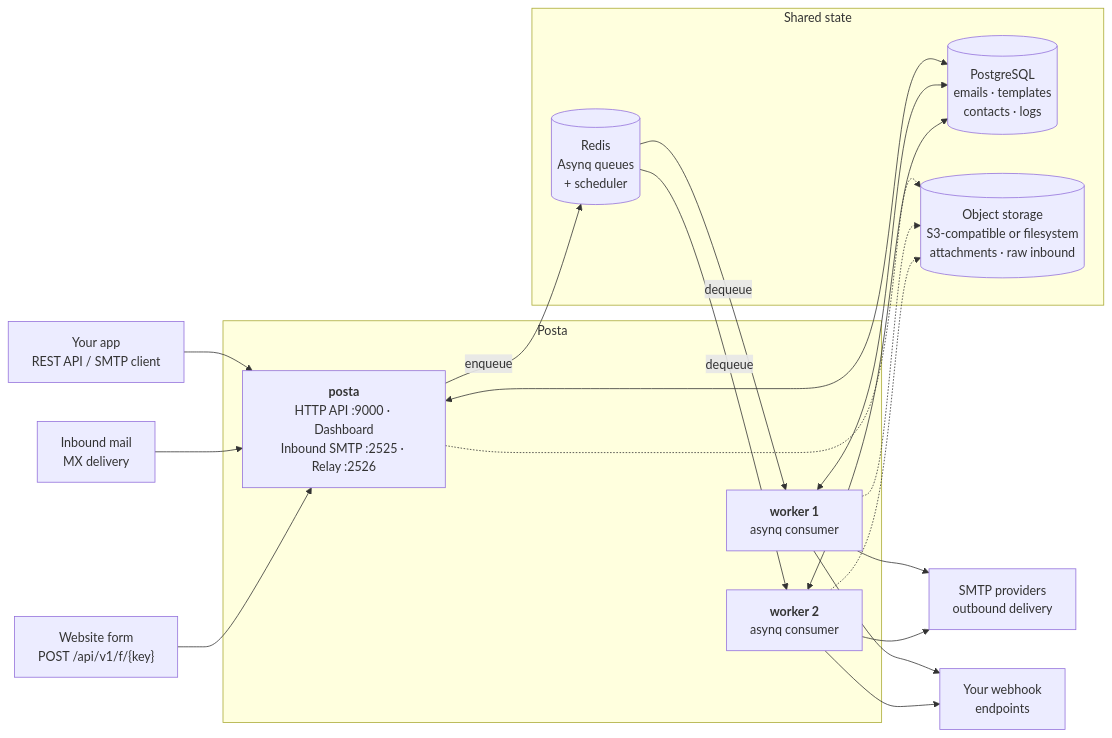
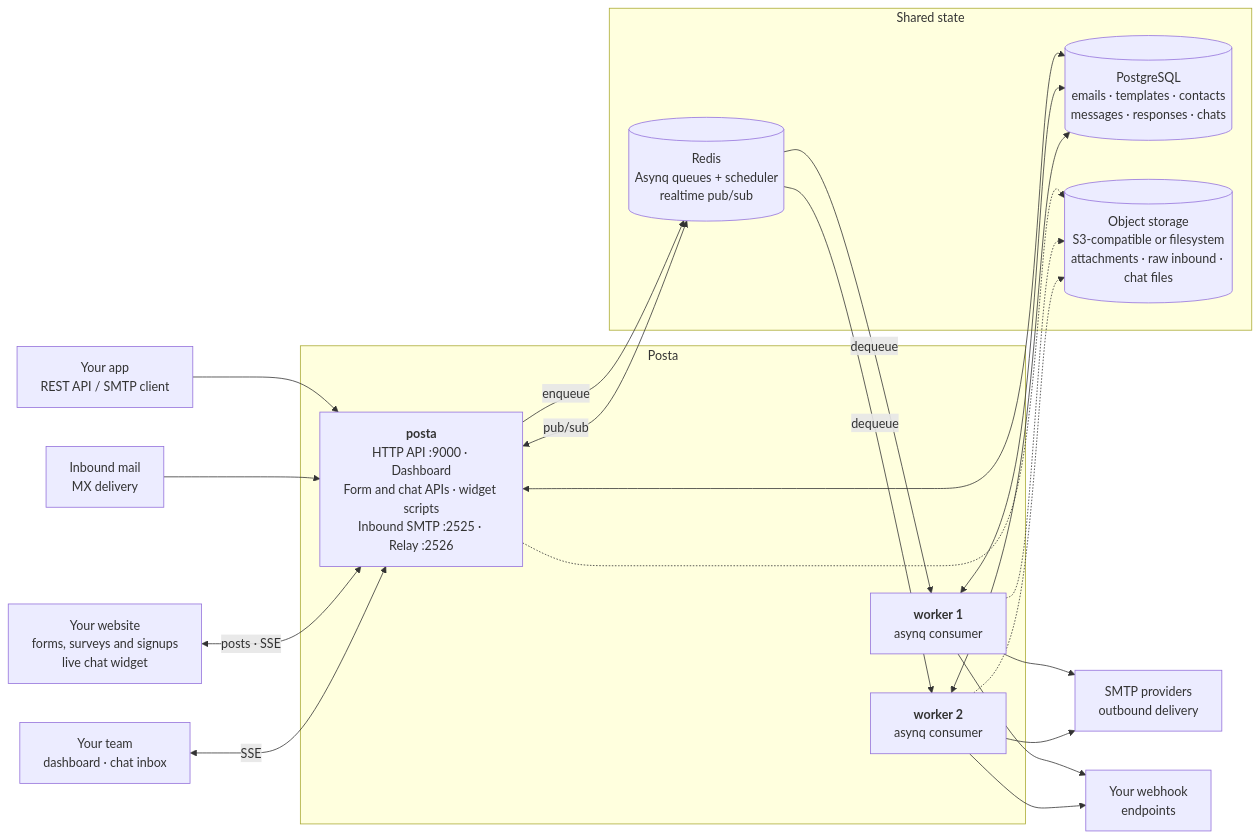
The diagram in README.md (goposta/posta), drawn with Mermaid before and after one commit. The commit also changed other lines of this file and 4 other files, not shown here.

Commit message:
docs: update the architecture and screenshots

````diff
--- a/README.md
+++ b/README.md
@@ -252,35 +252,38 @@
 ```mermaid
 flowchart LR
     App["Your app<br/>REST API / SMTP client"]
     MX["Inbound mail<br/>MX delivery"]
-    Form["Website form<br/>POST /api/v1/f/{key}"]
+    Site["Your website<br/>forms, surveys and signups<br/>live chat widget"]
+    Team["Your team<br/>dashboard · chat inbox"]
 
     subgraph posta["Posta"]
-        Server["<b>posta</b><br/>HTTP API :9000 · Dashboard<br/>Inbound SMTP :2525 · Relay :2526"]
+        Server["<b>posta</b><br/>HTTP API :9000 · Dashboard<br/>Form and chat APIs · widget scripts<br/>Inbound SMTP :2525 · Relay :2526"]
         W1["<b>worker 1</b><br/>asynq consumer"]
         W2["<b>worker 2</b><br/>asynq consumer"]
     end
 
     subgraph shared["Shared state"]
-        Redis[("Redis<br/>Asynq queues<br/>+ scheduler")]
-        PG[("PostgreSQL<br/>emails · templates<br/>contacts · logs")]
-        Blob[("Object storage<br/>S3-compatible or filesystem<br/>attachments · raw inbound")]
+        Redis[("Redis<br/>Asynq queues + scheduler<br/>realtime pub/sub")]
+        PG[("PostgreSQL<br/>emails · templates · contacts<br/>messages · responses · chats")]
+        Blob[("Object storage<br/>S3-compatible or filesystem<br/>attachments · raw inbound · chat files")]
     end
 
     Providers["SMTP providers<br/>outbound delivery"]
     Hooks["Your webhook<br/>endpoints"]
 
     App --> Server
     MX --> Server
-    Form --> Server
+    Site <-->|"posts · SSE"| Server
+    Team <-->|SSE| Server
     Server -- enqueue --> Redis
+    Server <-->|pub/sub| Redis
     Redis -- dequeue --> W1
     Redis -- dequeue --> W2
     Server <--> PG
     W1 <--> PG
     W2 <--> PG
     Server -.-> Blob
     W1 & W2 -.-> Blob
     W1 & W2 --> Providers
     W1 & W2 --> Hooks
 ```
````
